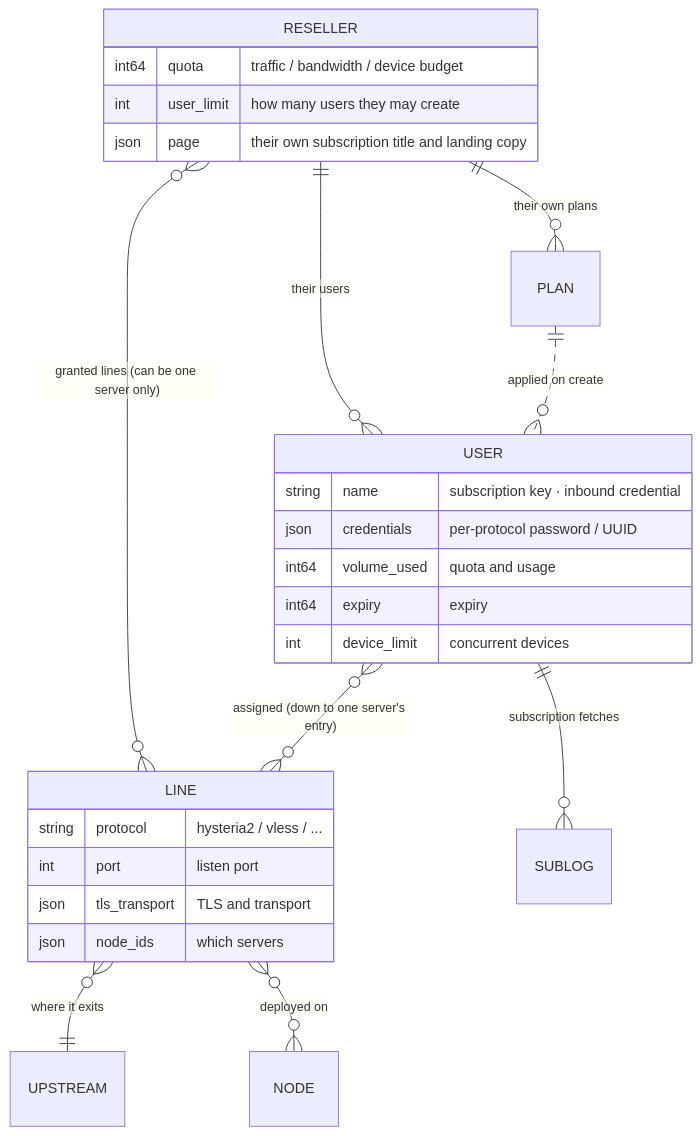
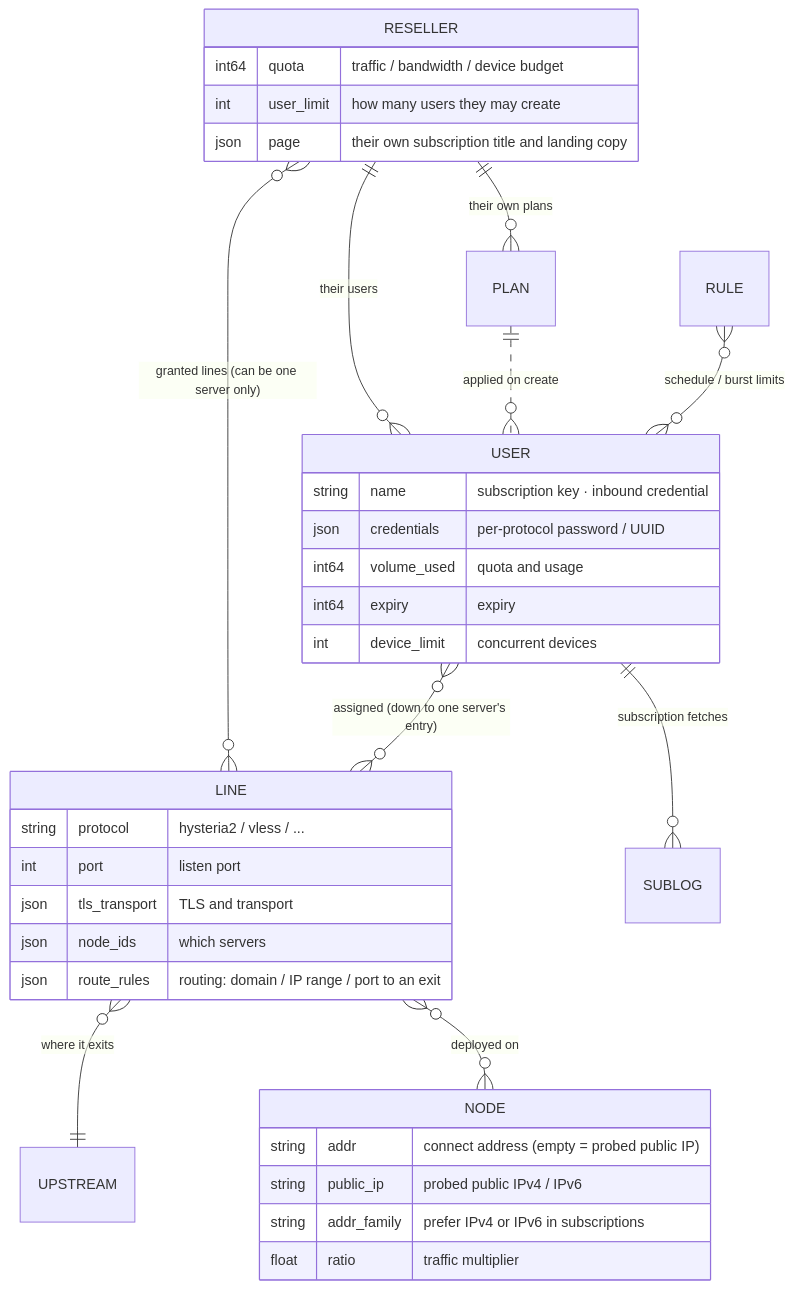
One commit to Maoyangui/m-ui changed the fifth of 5 diagrams in README.en.md. Above: the diagram before and after it, drawn with Mermaid. The commit also changed other lines of this file and 3 other files, not shown here.

````diff
--- a/README.en.md
+++ b/README.en.md
@@ -200,30 +202,38 @@
 ```mermaid
 erDiagram
   RESELLER ||--o{ USER : "their users"
   RESELLER ||--o{ PLAN : "their own plans"
   RESELLER }o--o{ LINE : "granted lines (can be one server only)"
   USER }o--o{ LINE : "assigned (down to one server's entry)"
   PLAN ||..o{ USER : "applied on create"
   LINE }o--|| UPSTREAM : "where it exits"
   LINE }o--o{ NODE : "deployed on"
   USER ||--o{ SUBLOG : "subscription fetches"
+  RULE }o--o{ USER : "schedule / burst limits"
 
   USER {
     string name "subscription key · inbound credential"
     json credentials "per-protocol password / UUID"
     int64 volume_used "quota and usage"
     int64 expiry "expiry"
     int device_limit "concurrent devices"
   }
   LINE {
     string protocol "hysteria2 / vless / ..."
     int port "listen port"
     json tls_transport "TLS and transport"
     json node_ids "which servers"
+    json route_rules "routing: domain / IP range / port to an exit"
+  }
+  NODE {
+    string addr "connect address (empty = probed public IP)"
+    string public_ip "probed public IPv4 / IPv6"
+    string addr_family "prefer IPv4 or IPv6 in subscriptions"
+    float ratio "traffic multiplier"
   }
   RESELLER {
     int64 quota "traffic / bandwidth / device budget"
     int user_limit "how many users they may create"
     json page "their own subscription title and landing copy"
   }
 ```
````
